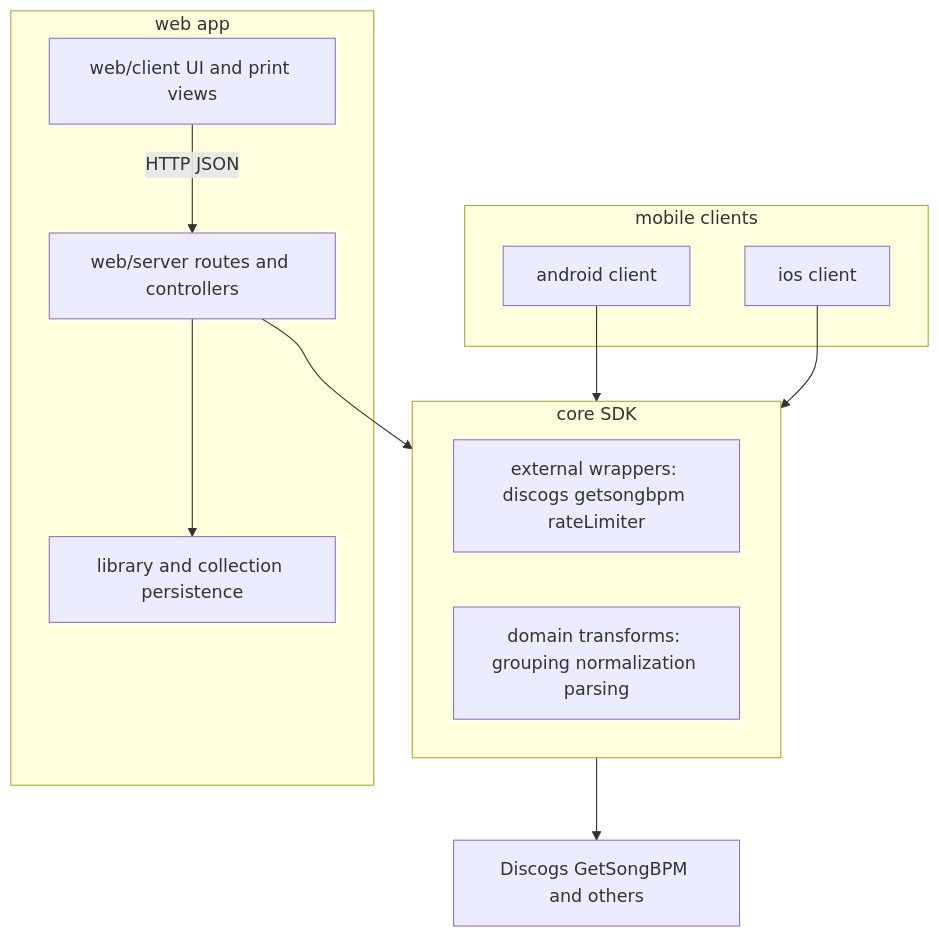
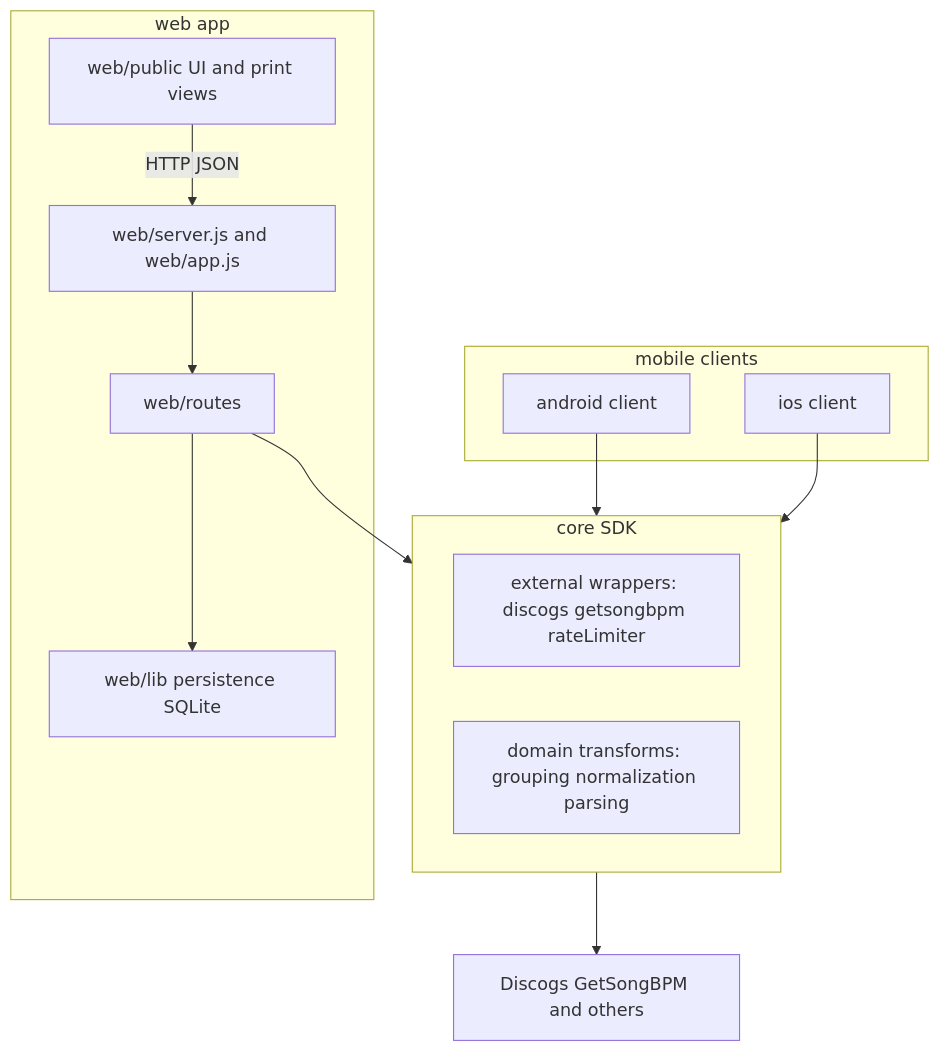
The diagram in docs/architecture/system-overview.md (misterbrownlee/moozhak), drawn with Mermaid before and after one commit. The commit also changed other lines of this file and 22 other files, not shown here.

````diff
--- a/docs/architecture/system-overview.md
+++ b/docs/architecture/system-overview.md
@@ -21,22 +34,24 @@
 ```mermaid
 flowchart TB
   subgraph coreSdk [core SDK]
     wrappers["external wrappers: discogs getsongbpm rateLimiter"]
     domain["domain transforms: grouping normalization parsing"]
   end
   subgraph webApp [web app]
-    webServer["web/server routes and controllers"]
-    webClient["web/client UI and print views"]
-    persistence["library and collection persistence"]
+    webEntry["web/server.js and web/app.js"]
+    webRoutes["web/routes"]
+    webClient["web/public UI and print views"]
+    persistence["web/lib persistence SQLite"]
   end
   subgraph mobileApps [mobile clients]
     androidClient["android client"]
     iosClient["ios client"]
   end
-  webClient -->|"HTTP JSON"| webServer
-  webServer --> coreSdk
-  webServer --> persistence
+  webClient -->|"HTTP JSON"| webEntry
+  webEntry --> webRoutes
+  webRoutes --> coreSdk
+  webRoutes --> persistence
   androidClient --> coreSdk
   iosClient --> coreSdk
   coreSdk --> externalApis["Discogs GetSongBPM and others"]
 ```
````
